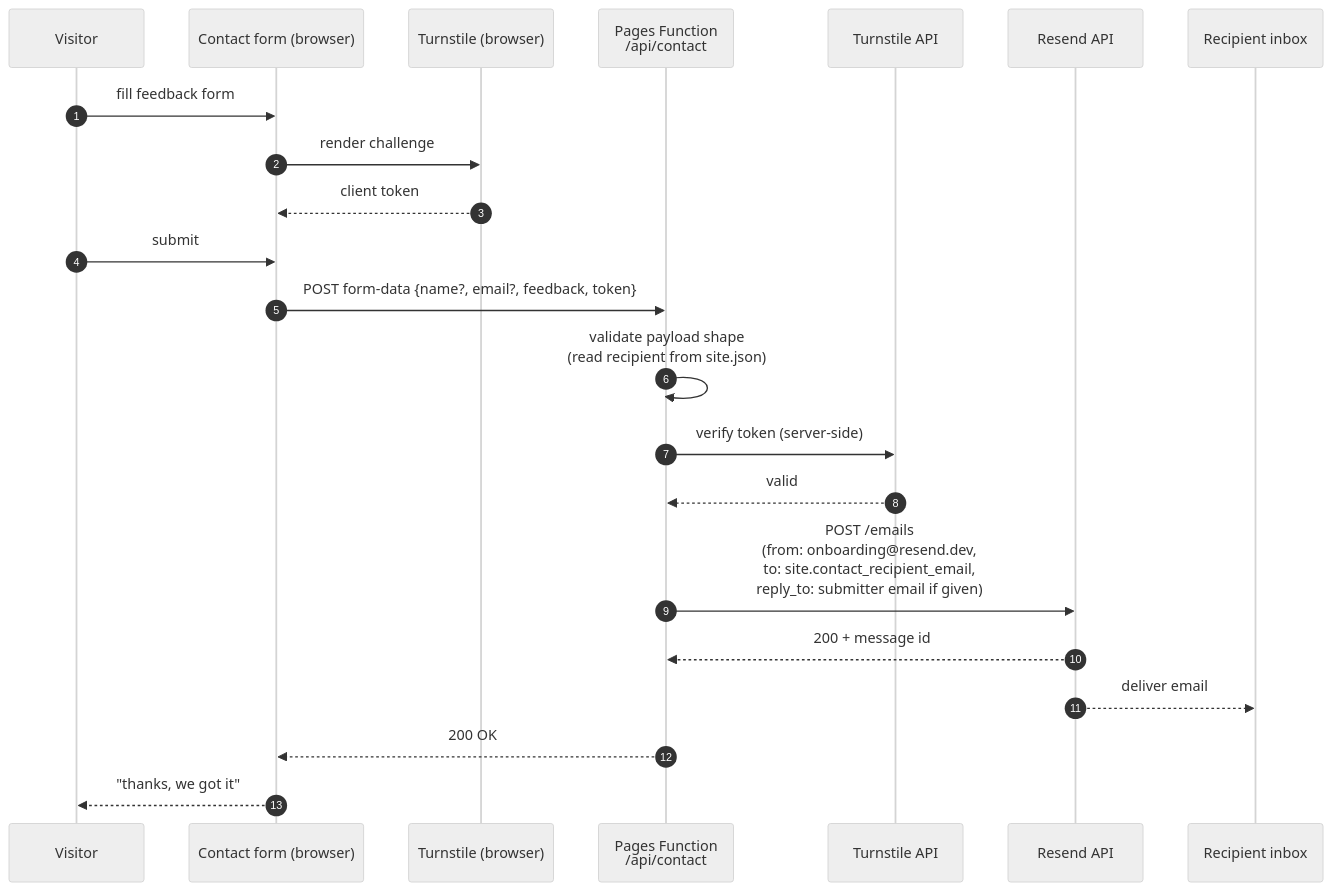
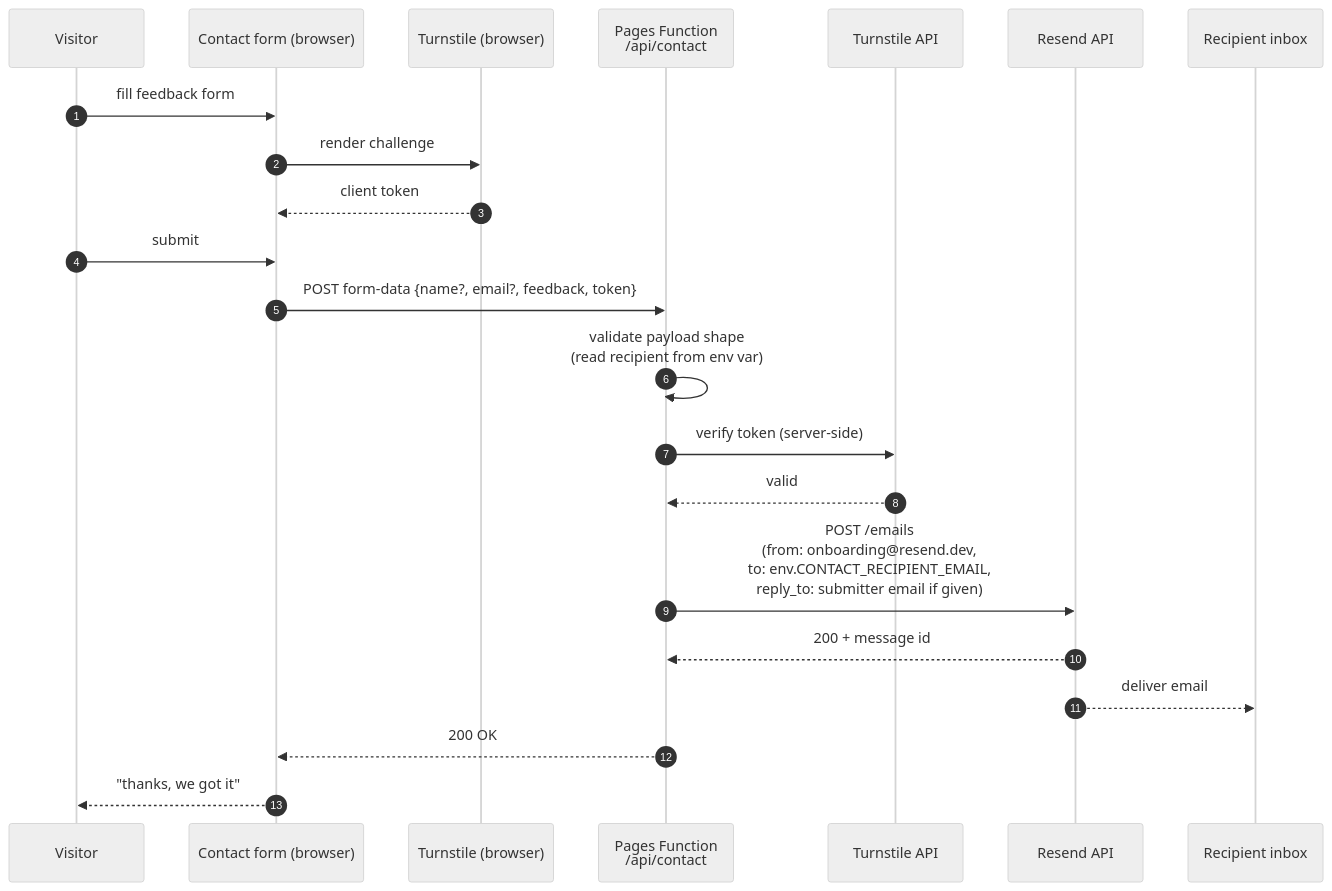
The fifth of 6 diagrams in ARCHITECTURE.md (Mutual-Aid-Phoenix/mutual-aid-phoenix), drawn with Mermaid (neutral theme) before and after one commit. The commit also changed other lines of this file and 5 other files, not shown here.

````diff
--- a/ARCHITECTURE.md
+++ b/ARCHITECTURE.md
@@ -172,26 +172,26 @@
 ```mermaid
 sequenceDiagram
     autonumber
     participant V as Visitor
     participant Form as Contact form (browser)
     participant TS as Turnstile (browser)
     participant F as Pages Function<br/>/api/contact
     participant TAPI as Turnstile API
     participant R as Resend API
     participant Inbox as Recipient inbox
 
     V->>Form: fill feedback form
     Form->>TS: render challenge
     TS-->>Form: client token
     V->>Form: submit
 
     Form->>F: POST form-data {name?, email?, feedback, token}
-    F->>F: validate payload shape<br/>(read recipient from site.json)
+    F->>F: validate payload shape<br/>(read recipient from env var)
     F->>TAPI: verify token (server-side)
     TAPI-->>F: valid
-    F->>R: POST /emails<br/>(from: onboarding@resend.dev,<br/>to: site.contact_recipient_email,<br/>reply_to: submitter email if given)
+    F->>R: POST /emails<br/>(from: onboarding@resend.dev,<br/>to: env.CONTACT_RECIPIENT_EMAIL,<br/>reply_to: submitter email if given)
     R-->>F: 200 + message id
     R-->>Inbox: deliver email
     F-->>Form: 200 OK
     Form-->>V: "thanks, we got it"
 ```
````
